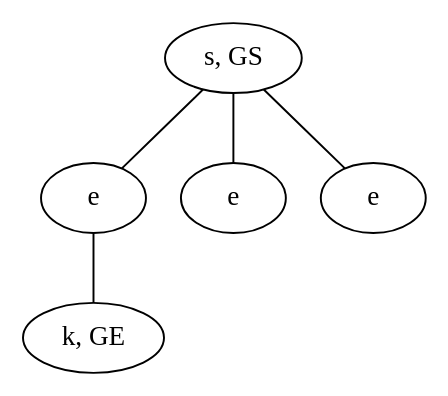
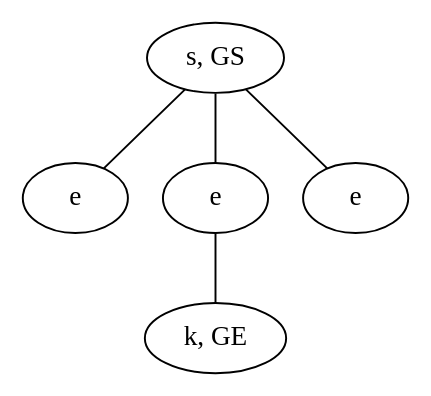
One commit to schrum2/MM-NEAT changed the diagram in data/VGLC/Zelda/rules/1/9_S-K.dot. Above: the diagram before and after it, drawn with Graphviz. The commit also changed 59 other files, not shown here.

```diff
--- a/data/VGLC/Zelda/rules/1/9_S-K.dot
+++ b/data/VGLC/Zelda/rules/1/9_S-K.dot
@@ -1,11 +1,11 @@
 graph {
-CYoG [label="s, GS"]
-YBIU [label="k, GE"]
-FSzs [label="e"]
-FbOb [label="e"]
-YaSf [label="e"]
-CYoG -- FSzs
-CYoG -- FbOb
-CYoG -- YaSf
-FSzs -- YBIU
+sxId [label="s, GS"]
+YyRk [label="k, GE"]
+lIfK [label="e"]
+ZcJX [label="e"]
+ROdn [label="e"]
+sxId -- lIfK
+sxId -- ZcJX
+sxId -- ROdn
+ZcJX -- YyRk
 }
```
